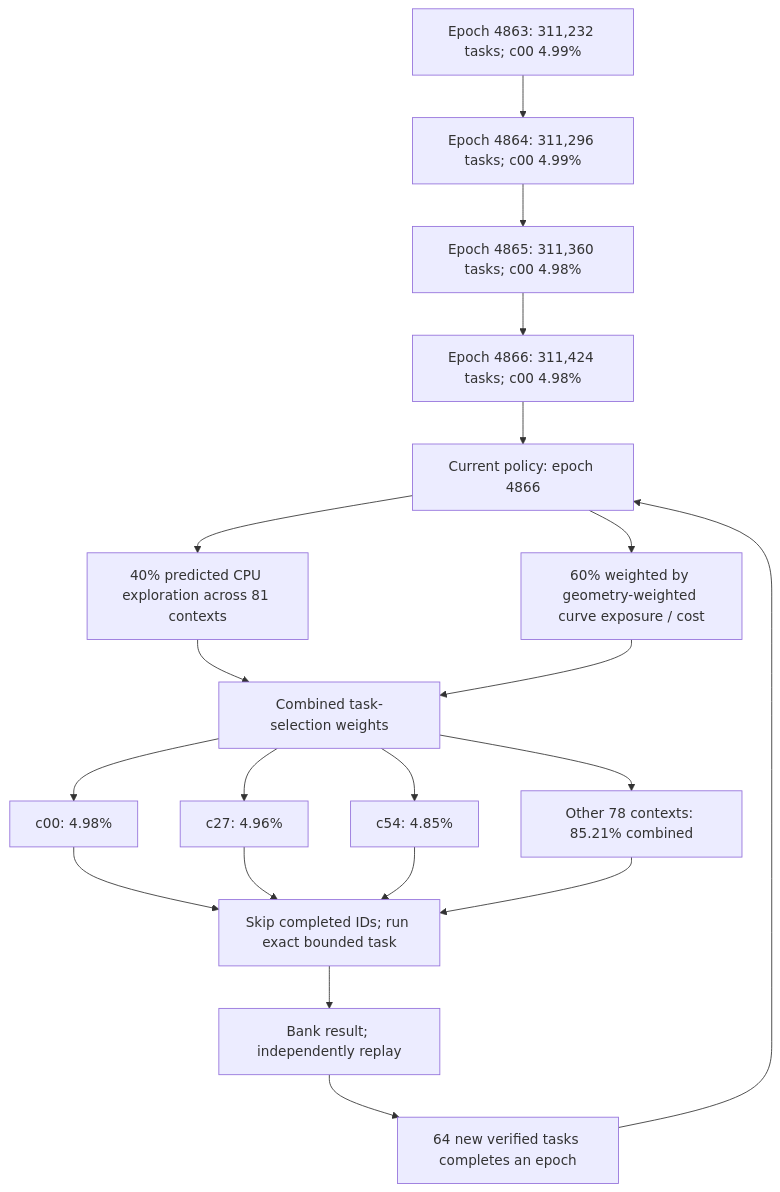
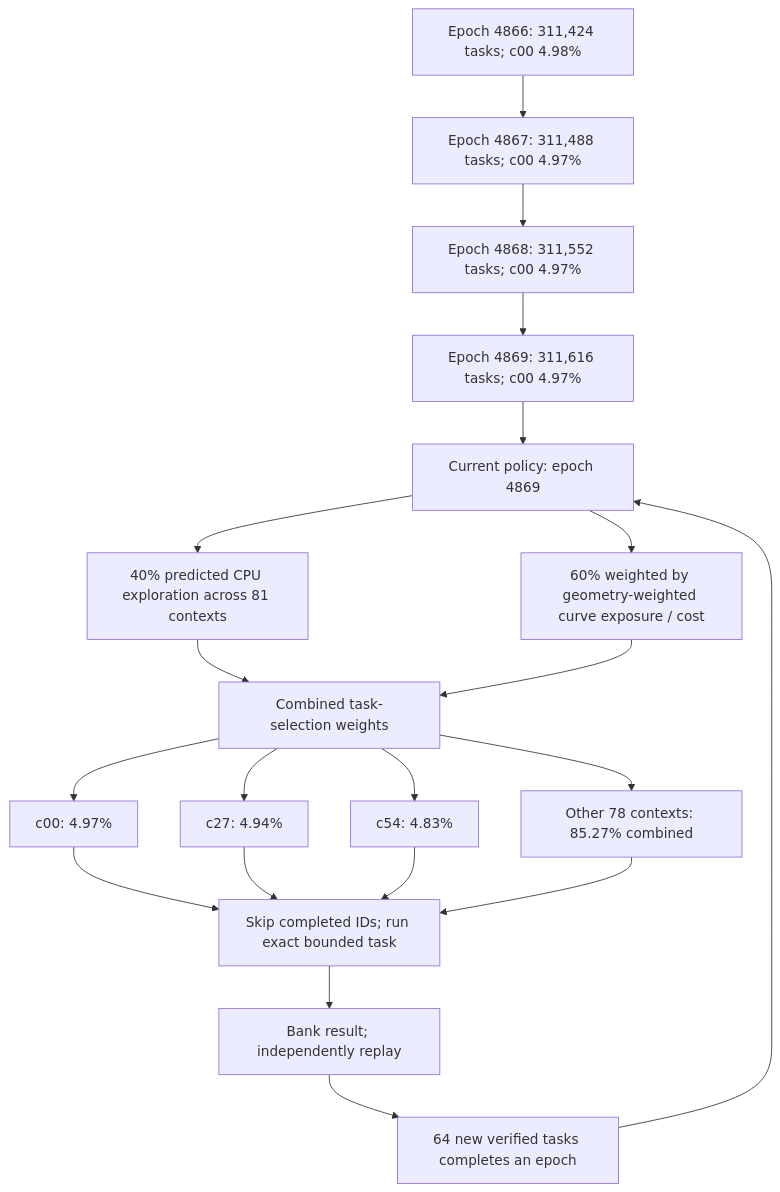
The first of 3 diagrams in README.md (Kuberwastaken/math-gambling), drawn with Mermaid before and after one commit. The commit also changed other lines of this file and 445 other files, not shown here.

````diff
--- a/README.md
+++ b/README.md
@@ -60,27 +60,27 @@
 ```mermaid
 flowchart TD
-    H0["Epoch 4863: 311,232 tasks; c00 4.99%"]
-    H1["Epoch 4864: 311,296 tasks; c00 4.99%"]
+    H0["Epoch 4866: 311,424 tasks; c00 4.98%"]
+    H1["Epoch 4867: 311,488 tasks; c00 4.97%"]
     H0 --> H1
-    H2["Epoch 4865: 311,360 tasks; c00 4.98%"]
+    H2["Epoch 4868: 311,552 tasks; c00 4.97%"]
     H1 --> H2
-    H3["Epoch 4866: 311,424 tasks; c00 4.98%"]
+    H3["Epoch 4869: 311,616 tasks; c00 4.97%"]
     H2 --> H3
-    Policy["Current policy: epoch 4866"]
+    Policy["Current policy: epoch 4869"]
     H3 --> Policy
     Policy --> Explore["40% predicted CPU exploration across 81 contexts"]
     Policy --> Cost["60% weighted by geometry-weighted curve exposure / cost"]
     Explore --> Mix["Combined task-selection weights"]
     Cost --> Mix
-    Mix --> C0["c00: 4.98%"]
-    Mix --> C1["c27: 4.96%"]
-    Mix --> C2["c54: 4.85%"]
-    Mix --> Rest["Other 78 contexts: 85.21% combined"]
+    Mix --> C0["c00: 4.97%"]
+    Mix --> C1["c27: 4.94%"]
+    Mix --> C2["c54: 4.83%"]
+    Mix --> Rest["Other 78 contexts: 85.27% combined"]
     C0 --> Check["Skip completed IDs; run exact bounded task"]
     C1 --> Check
     C2 --> Check
     Rest --> Check
     Check --> Replay["Bank result; independently replay"]
     Replay --> Gate["64 new verified tasks completes an epoch"]
     Gate --> Policy
 ```
````
